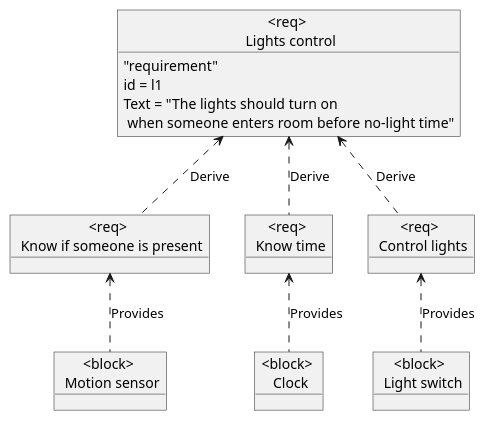
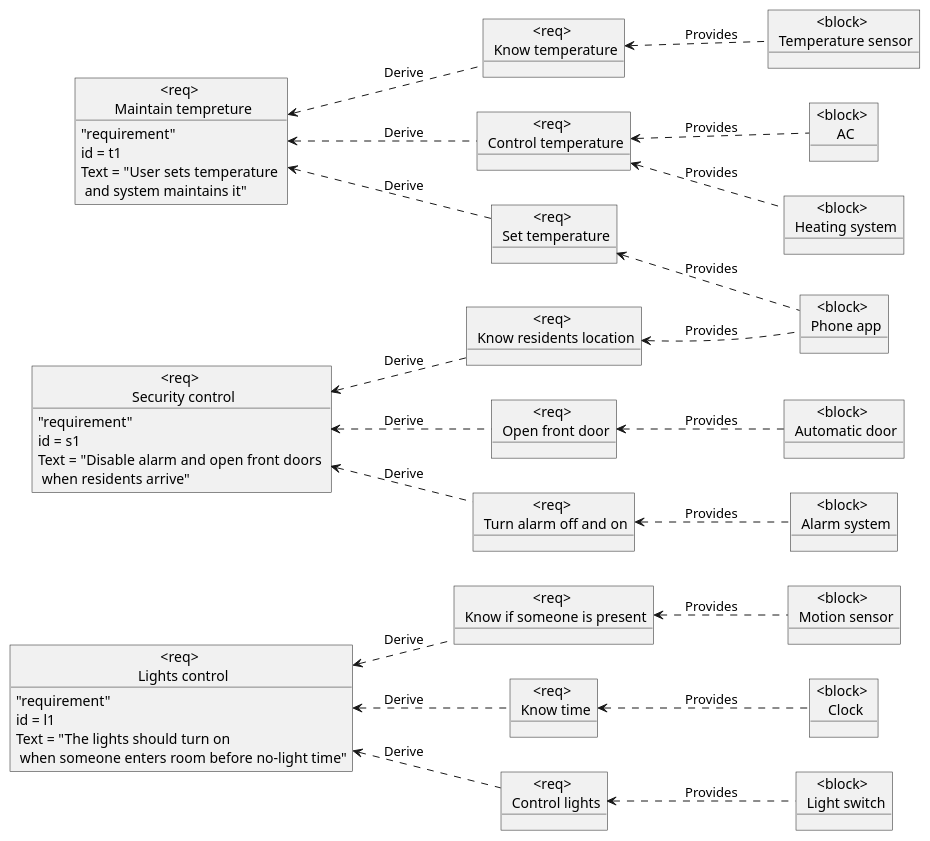
Before and after one commit to kiIIer/kpi-4: the diagram in system-engi/lab/lab-3-07.03.2023/req-diagram.puml, drawn with PlantUML.

Commit message:
temperature control

```diff
--- a/system-engi/lab/lab-3-07.03.2023/req-diagram.puml
+++ b/system-engi/lab/lab-3-07.03.2023/req-diagram.puml
@@ -1,26 +1,76 @@
 @startuml requirements
+left to right direction
+
 object "<req> \n Lights control" as light{
     "requirement"
     id = l1
     Text = "The lights should turn on \n when someone enters room before no-light time"
 }
 
 object "<req> \n Know if someone is present" as lir1
 object "<block> \n Motion sensor" as motionS
 
 light <.. lir1 : Derive
 lir1 <.. motionS : Provides
 
 object "<req> \n Know time" as lir2
 object "<block> \n Clock" as clock
 
 light <.. lir2 : Derive
 lir2 <.. clock : Provides
 
 object "<req> \n Control lights" as lir3
 object "<block> \n Light switch" as LSwitch
 
 light <.. lir3 : Derive
 lir3 <.. LSwitch : Provides
 
+object "<req> \n Maintain tempreture" as temperature {
+    "requirement"
+    id = t1
+    Text = "User sets temperature \n and system maintains it"
+}
+
+object "<req> \n Know temperature" as temr1
+object "<block> \n Temperature sensor" as TSensor
+
+temperature <.. temr1 : Derive
+temr1 <.. TSensor : Provides
+
+object "<req> \n Control temperature" as temr2
+object "<block> \n AC" as ac
+object "<block> \n Heating system" as heating
+
+temperature <.. temr2 : Derive
+temr2 <.. ac : Provides
+temr2 <.. heating : Provides
+
+object "<req> \n Set temperature" as temr3
+object "<block> \n Phone app" as phone
+
+temperature <.. temr3 : Derive
+temr3 <.. phone : Provides
+
+object "<req> \n Security control" as security{
+    "requirement"
+    id = s1
+    Text = "Disable alarm and open front doors \n when residents arrive"
+}
+
+object "<req> \n Know residents location" as secr1
+
+security <.. secr1 : Derive
+secr1 <.. phone : Provides
+
+object "<req> \n Open front door" as secr2
+object "<block> \n Automatic door" as door
+
+security <.. secr2 : Derive
+secr2 <.. door : Provides
+
+object "<req> \n Turn alarm off and on" as secr3
+object "<block> \n Alarm system" as alarm
+
+security <.. secr3 : Derive
+secr3 <.. alarm : Provides
 @enduml
```
